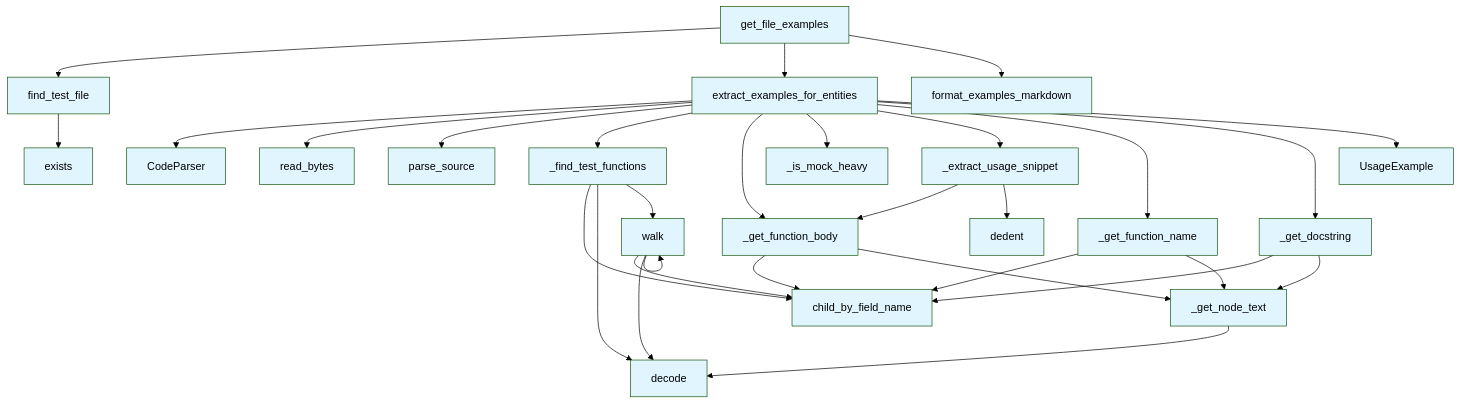
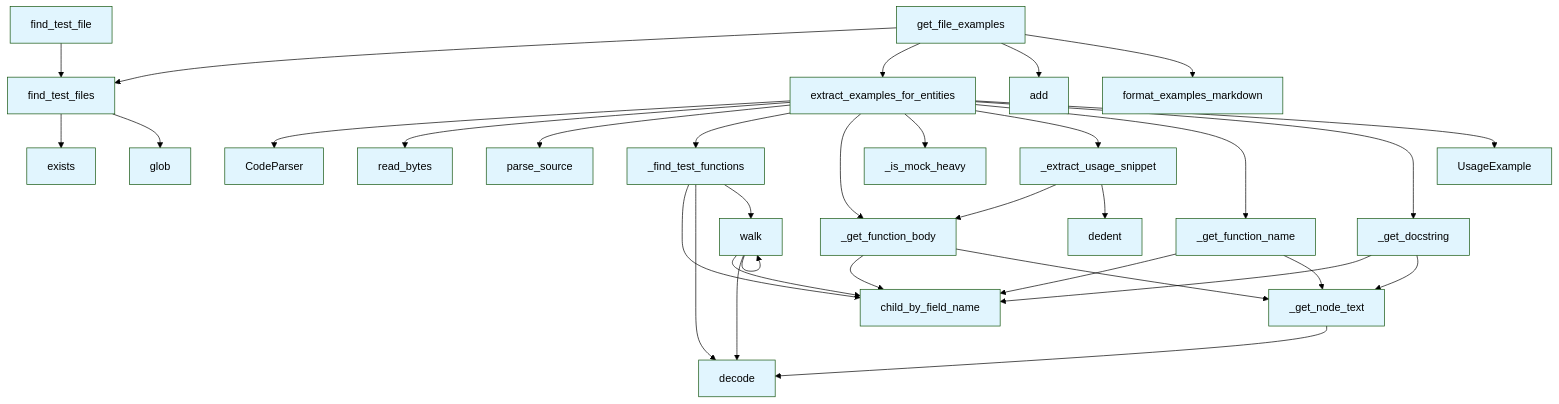
Before and after one commit to UrbanDiver/local-deepwiki-mcp: the second of 2 diagrams in .deepwiki/files/src/local_deepwiki/generators/test_examples.md, drawn with Mermaid (forest theme). The commit also changed other lines of this file and 55 other files, not shown here.

````diff
--- a/.deepwiki/files/src/local_deepwiki/generators/test_examples.md
+++ b/.deepwiki/files/src/local_deepwiki/generators/test_examples.md
@@ -453,54 +568,60 @@
 ```mermaid
 flowchart TD
     N0[CodeParser]
     N1[UsageExample]
     N2[_extract_usage_snippet]
     N3[_find_test_functions]
     N4[_get_docstring]
     N5[_get_function_body]
     N6[_get_function_name]
     N7[_get_node_text]
     N8[_is_mock_heavy]
-    N9[child_by_field_name]
-    N10[decode]
-    N11[dedent]
-    N12[exists]
-    N13[extract_examples_for_entities]
-    N14[find_test_file]
-    N15[format_examples_markdown]
-    N16[get_file_examples]
-    N17[parse_source]
-    N18[read_bytes]
-    N19[walk]
-    N14 --> N12
-    N7 --> N10
-    N3 --> N9
+    N9[add]
+    N10[child_by_field_name]
+    N11[decode]
+    N12[dedent]
+    N13[exists]
+    N14[extract_examples_for_entities]
+    N15[find_test_file]
+    N16[find_test_files]
+    N17[format_examples_markdown]
+    N18[get_file_examples]
+    N19[glob]
+    N20[parse_source]
+    N21[read_bytes]
+    N22[walk]
+    N16 --> N13
+    N16 --> N19
+    N15 --> N16
+    N7 --> N11
     N3 --> N10
-    N3 --> N19
-    N19 --> N9
-    N19 --> N10
-    N19 --> N19
-    N6 --> N9
+    N3 --> N11
+    N3 --> N22
+    N22 --> N10
+    N22 --> N11
+    N22 --> N22
+    N6 --> N10
     N6 --> N7
-    N4 --> N9
+    N4 --> N10
     N4 --> N7
-    N5 --> N9
+    N5 --> N10
     N5 --> N7
     N2 --> N5
-    N2 --> N11
-    N13 --> N0
-    N13 --> N18
-    N13 --> N17
-    N13 --> N3
-    N13 --> N5
-    N13 --> N8
-    N13 --> N2
-    N13 --> N6
-    N13 --> N4
-    N13 --> N1
-    N16 --> N14
-    N16 --> N13
-    N16 --> N15
+    N2 --> N12
+    N14 --> N0
+    N14 --> N21
+    N14 --> N20
+    N14 --> N3
+    N14 --> N5
+    N14 --> N8
+    N14 --> N2
+    N14 --> N6
+    N14 --> N4
+    N14 --> N1
+    N18 --> N16
+    N18 --> N14
+    N18 --> N9
+    N18 --> N17
     classDef func fill:#e1f5fe
-    class N0,N1,N2,N3,N4,N5,N6,N7,N8,N9,N10,N11,N12,N13,N14,N15,N16,N17,N18,N19 func
+    class N0,N1,N2,N3,N4,N5,N6,N7,N8,N9,N10,N11,N12,N13,N14,N15,N16,N17,N18,N19,N20,N21,N22 func
 ```
````
